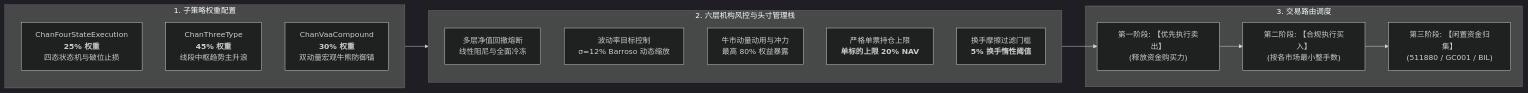
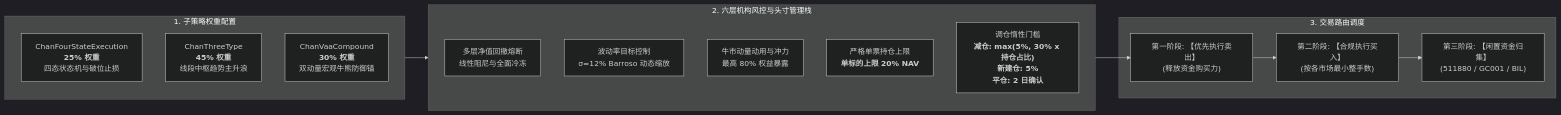
One commit to stonewell/quant_research changed the first of 2 diagrams in docs/ruleset/chan_four_state_blend/live_deployment_guide_cn.md. Above: the diagram before and after it, drawn with Mermaid (dark theme). The commit also changed other lines of this file and 11 other files, not shown here.

````diff
--- a/docs/ruleset/chan_four_state_blend/live_deployment_guide_cn.md
+++ b/docs/ruleset/chan_four_state_blend/live_deployment_guide_cn.md
@@ -18,25 +18,25 @@
 ```mermaid
 flowchart LR
     subgraph SubStrategies["1. 子策略权重配置"]
         FSE["ChanFourStateExecution<br/><b>25% 权重</b><br/>四态状态机与破位止损"]
         TT["ChanThreeType<br/><b>45% 权重</b><br/>线段中枢趋势主升浪"]
         VAA["ChanVaaCompound<br/><b>30% 权重</b><br/>双动量宏观牛熊防御锚"]
     end
 
     subgraph RiskLayers["2. 六层机构风控与头寸管理栈"]
         DD["多层净值回撤熔断<br/>线性阻尼与全面冷冻"]
         VT["波动率目标控制<br/>σ=12% Barroso 动态缩放"]
         BT["牛市动量动用与冲力<br/>最高 80% 权益暴露"]
         CAP["严格单票持仓上限<br/><b>单标的上限 20% NAV</b>"]
-        TF["换手摩擦过滤门槛<br/><b>5% 换手惰性阈值</b>"]
+        TF["调仓惰性门槛<br/><b>减仓: max(5%, 30% x 持仓占比)</b><br/><b>新建仓: 5%</b><br/><b>平仓: 2 日确认</b>"]
     end
 
     subgraph Execution["3. 交易路由调度"]
         SELL["第一阶段: 【优先执行卖出】<br/>(释放资金购买力)"]
         BUY["第二阶段: 【合规执行买入】<br/>(按各市场最小整手数)"]
         SWEEP["第三阶段: 【闲置资金归集】<br/>(511880 / GC001 / BIL)"]
     end
 
     SubStrategies --> RiskLayers
     RiskLayers --> SELL --> BUY --> SWEEP
 ```
````
